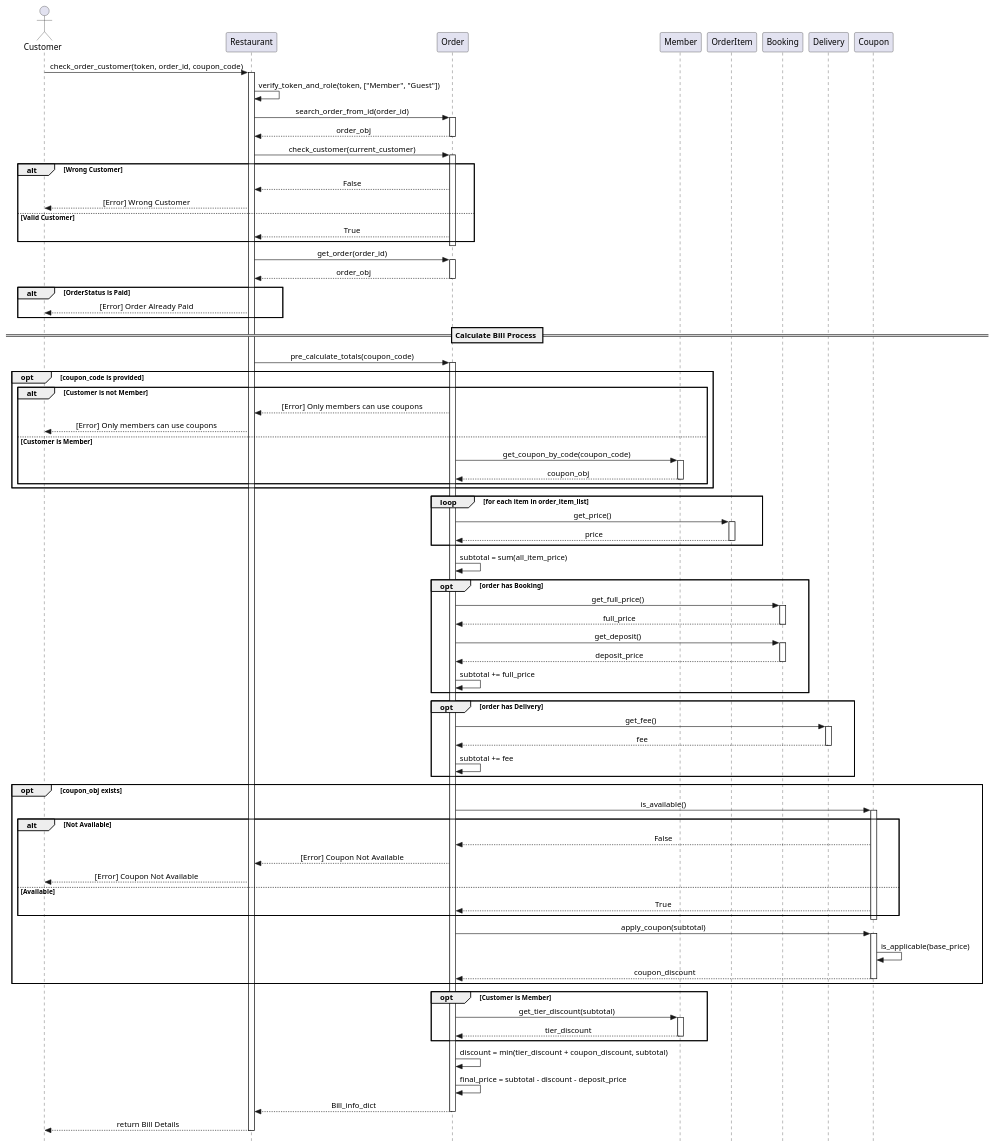
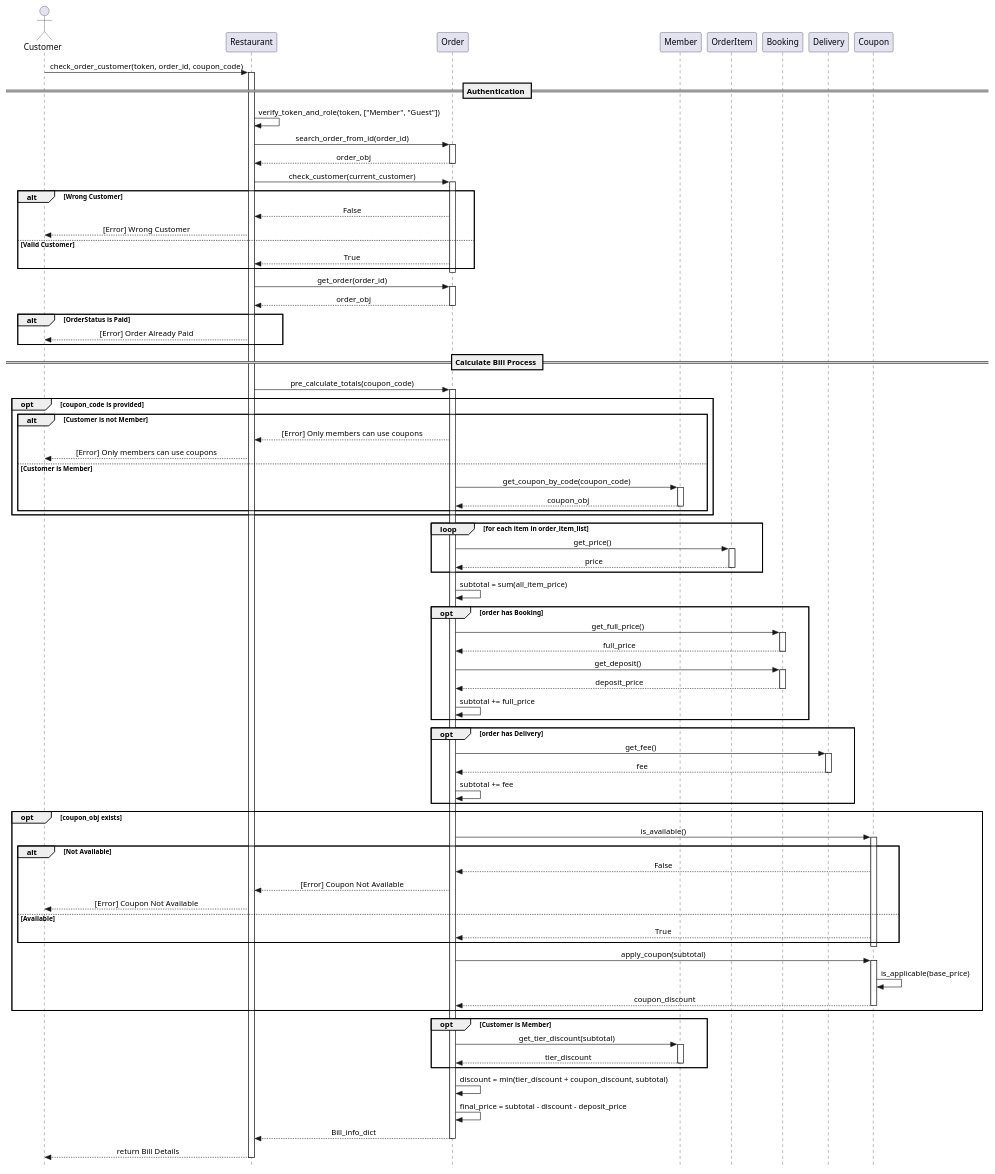
One commit to twrrippy/knight-chicken-oop changed the diagram in shared/doc/preview_order_bill_sequence.puml. Above: the diagram before and after it, drawn with PlantUML. The commit also changed 1 other file, not shown here.

Commit message:
feat: Add sequence diagram for order payment process and clarify authentication step in bill preview.

```diff
--- a/shared/doc/preview_order_bill_sequence.puml
+++ b/shared/doc/preview_order_bill_sequence.puml
@@ -1,123 +1,124 @@
 @startuml preview_order_bill_sequence
 skinparam style strictuml
 skinparam sequenceMessageAlignment center
 
 actor "Customer"
 participant "Restaurant" 
 participant "Order"
 participant "Member"
 participant "OrderItem"
 participant "Booking"
 participant "Delivery"
 participant "Coupon"
 
 Customer -> Restaurant : check_order_customer(token, order_id, coupon_code)
 activate Restaurant
+    == Authentication ==
 
     Restaurant -> Restaurant : verify_token_and_role(token, ["Member", "Guest"])
     
     Restaurant -> Order : search_order_from_id(order_id)
     activate Order
       Order --> Restaurant : order_obj
     deactivate Order
     
     Restaurant -> Order : check_customer(current_customer)
     activate Order
       alt Wrong Customer
         Order --> Restaurant : False
         Restaurant --> Customer : [Error] Wrong Customer
       else Valid Customer
         Order --> Restaurant : True
       end
     deactivate Order
 
     Restaurant -> Order : get_order(order_id)
     activate Order
       Order --> Restaurant : order_obj
     deactivate Order
     
     alt OrderStatus is Paid
       Restaurant --> Customer : [Error] Order Already Paid
     end
 
     == Calculate Bill Process ==
     Restaurant -> Order : pre_calculate_totals(coupon_code)
     activate Order
 
       opt coupon_code is provided
         alt Customer is not Member
           Order --> Restaurant : [Error] Only members can use coupons
           Restaurant --> Customer : [Error] Only members can use coupons
         else Customer is Member
           Order -> Member: get_coupon_by_code(coupon_code)
           activate Member
             Member --> Order: coupon_obj
           deactivate Member
         end
       end
 
       loop for each item in order_item_list
           Order -> OrderItem : get_price()
           activate OrderItem
           OrderItem --> Order : price
           deactivate OrderItem
       end
 
       Order -> Order: subtotal = sum(all_item_price)
 
       opt order has Booking
         Order -> Booking: get_full_price()
         activate Booking
           Booking --> Order: full_price
         deactivate Booking
         
         Order -> Booking: get_deposit()
         activate Booking
           Booking --> Order: deposit_price
         deactivate Booking
         Order -> Order: subtotal += full_price
       end
 
       opt order has Delivery
         Order -> Delivery: get_fee()
         activate Delivery
           Delivery --> Order: fee
         deactivate Delivery
         Order -> Order: subtotal += fee
       end
 
       opt coupon_obj exists
         Order -> Coupon: is_available()
         activate Coupon
           alt Not Available
             Coupon --> Order: False
             Order --> Restaurant: [Error] Coupon Not Available
             Restaurant --> Customer: [Error] Coupon Not Available
           else Available
             Coupon --> Order: True
           end
         deactivate Coupon
         
         Order -> Coupon: apply_coupon(subtotal)
         activate Coupon
           Coupon -> Coupon: is_applicable(base_price)
           Coupon --> Order: coupon_discount 
         deactivate Coupon
       end
 
       opt Customer is Member
         Order -> Member: get_tier_discount(subtotal)
         activate Member
           Member --> Order: tier_discount
         deactivate Member
       end
 
       Order -> Order: discount = min(tier_discount + coupon_discount, subtotal)
       Order -> Order: final_price = subtotal - discount - deposit_price
 
       Order --> Restaurant: Bill_info_dict
     deactivate Order
     
     Restaurant --> Customer : return Bill Details
 deactivate Restaurant
 @enduml
```
